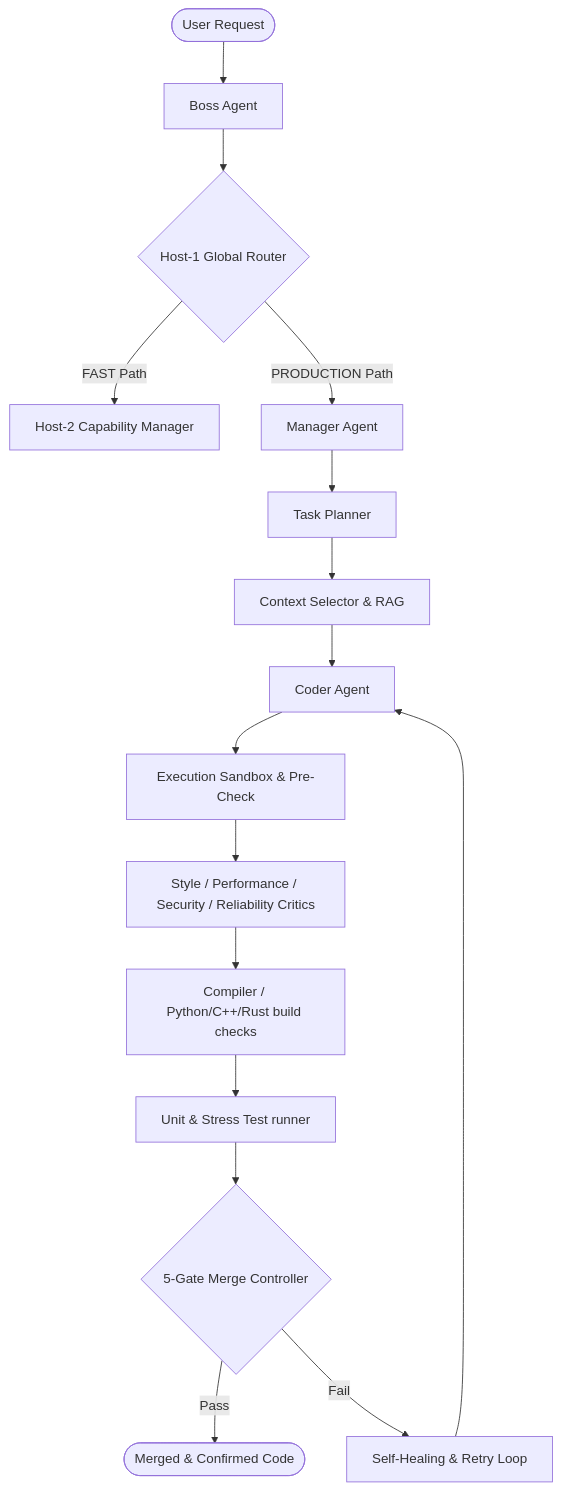
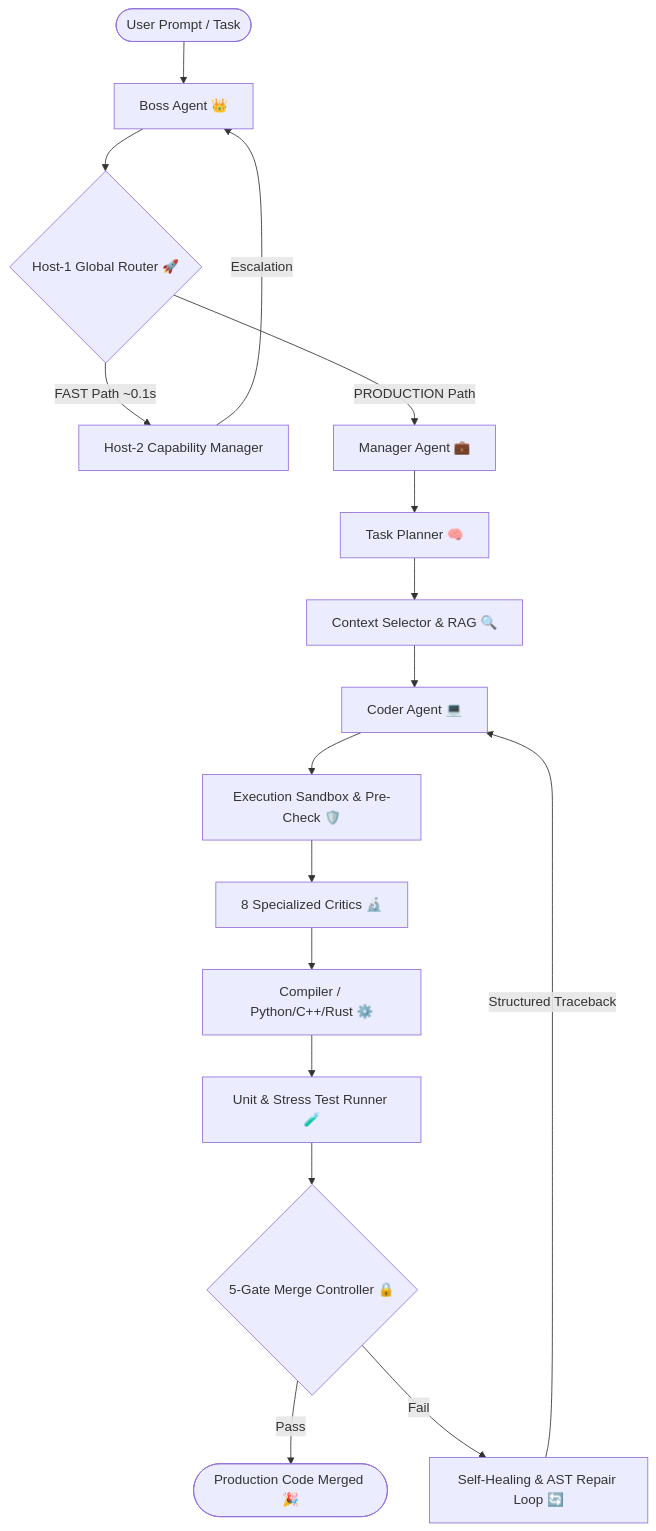
Before and after one commit to abhinav00anand/aiswarm: the first of 2 diagrams in README.md, drawn with Mermaid. The commit also changed other lines of this file, not shown here.

````diff
--- a/README.md
+++ b/README.md
@@ -26,21 +57,22 @@
 ```mermaid
 graph TD
-    User([User Request]) --> Boss[Boss Agent]
-    Boss --> Router{Host-1 Global Router}
+    User([User Prompt / Task]) --> Boss[Boss Agent 👑]
+    Boss --> Router{Host-1 Global Router 🚀}
     
-    Router -->|FAST Path| CapManager[Host-2 Capability Manager]
-    Router -->|PRODUCTION Path| Manager[Manager Agent]
+    Router -->|FAST Path ~0.1s| CapManager[Host-2 Capability Manager]
+    Router -->|PRODUCTION Path| Manager[Manager Agent 💼]
     
-    Manager --> Planner[Task Planner]
-    Planner --> RAG[Context Selector & RAG]
-    RAG --> Coder[Coder Agent]
-    Coder --> Sandbox[Execution Sandbox & Pre-Check]
-    Sandbox --> Critics[Style / Performance / Security / Reliability Critics]
-    Critics --> Compiler[Compiler / Python/C++/Rust build checks]
-    Compiler --> TestRunner[Unit & Stress Test runner]
-    TestRunner --> MergeController{5-Gate Merge Controller}
+    Manager --> Planner[Task Planner 🧠]
+    Planner --> RAG[Context Selector & RAG 🔍]
+    RAG --> Coder[Coder Agent 💻]
+    Coder --> Sandbox[Execution Sandbox & Pre-Check 🛡️]
+    Sandbox --> Critics[8 Specialized Critics 🔬]
+    Critics --> Compiler[Compiler / Python/C++/Rust ⚙️]
+    Compiler --> TestRunner[Unit & Stress Test Runner 🧪]
+    TestRunner --> MergeController{5-Gate Merge Controller 🔒}
     
-    MergeController -->|Pass| Success([Merged & Confirmed Code])
-    MergeController -->|Fail| SelfHealing[Self-Healing & Retry Loop]
-    SelfHealing --> Coder
+    MergeController -->|Pass| Success([Production Code Merged 🎉])
+    MergeController -->|Fail| SelfHealing[Self-Healing & AST Repair Loop 🔄]
+    SelfHealing -->|Structured Traceback| Coder
+    CapManager -->|Escalation| Boss
 ```
````
